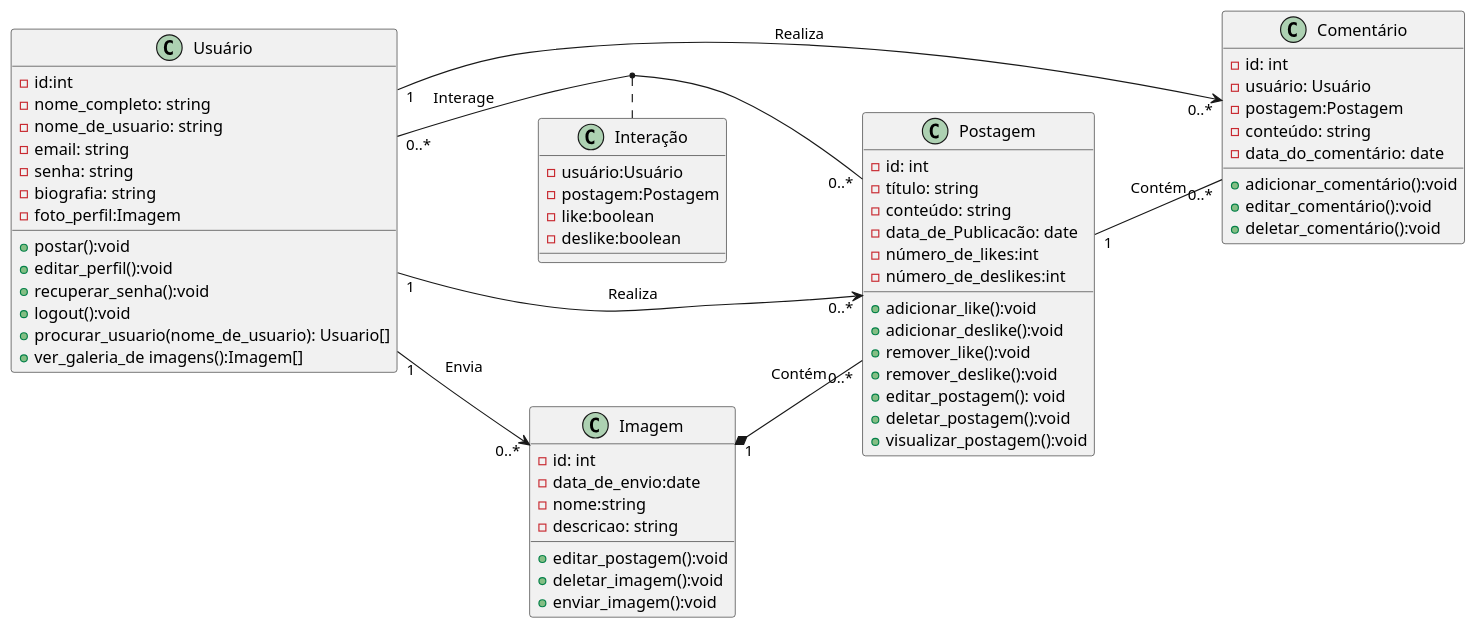
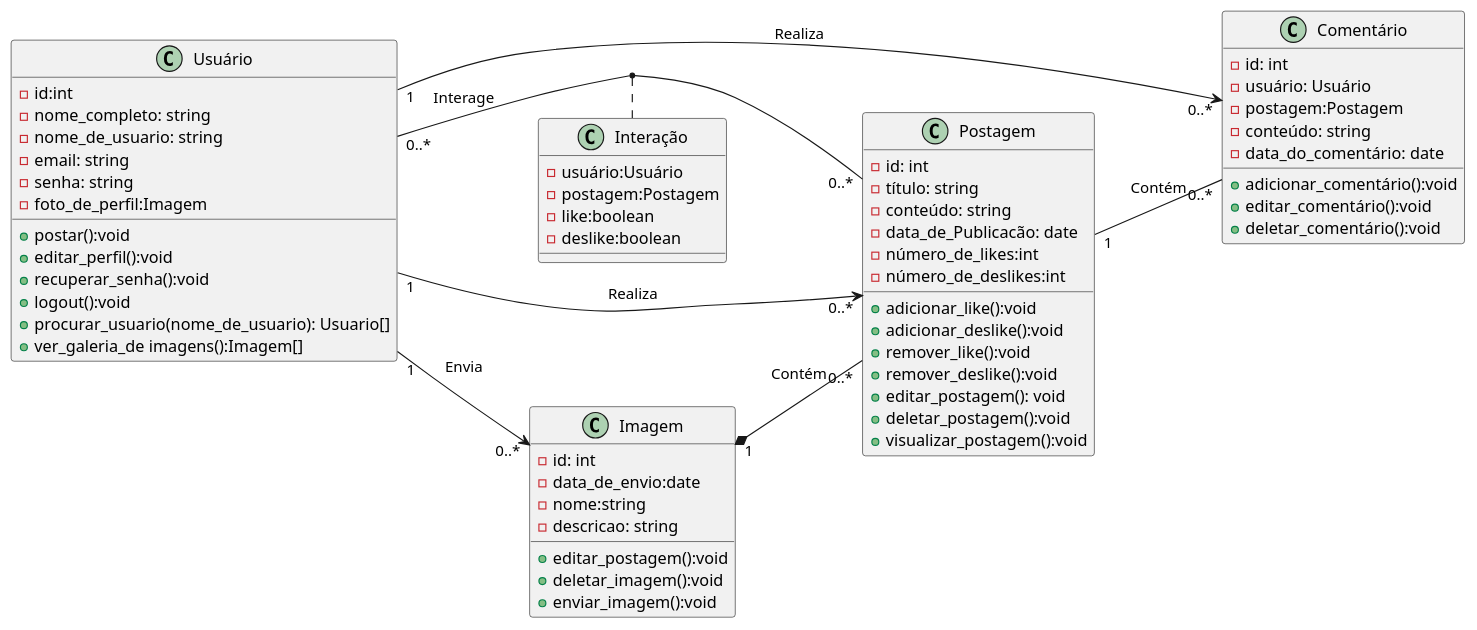
The diagram in docs/diagramClass/classes.puml (es20232/eqp1), drawn with PlantUML before and after one commit. The commit also changed 3 other files, not shown here.

```diff
--- a/docs/diagramClass/classes.puml
+++ b/docs/diagramClass/classes.puml
@@ -1,69 +1,68 @@
 @startuml Class_diagram
 left to right direction
 class Usuário{
   -id:int
   - nome_completo: string
   - nome_de_usuario: string
   - email: string
   - senha: string
-  - biografia: string
-  - foto_perfil:Imagem
+  - foto_de_perfil:Imagem
   + postar():void
   + editar_perfil():void
   + recuperar_senha():void
   + logout():void 
   + procurar_usuario(nome_de_usuario): Usuario[]
   + ver_galeria_de imagens():Imagem[]
 
 }
 class Imagem {
   - id: int
   - data_de_envio:date
   - nome:string
   - descricao: string
   +editar_postagem():void
   +deletar_imagem():void
   +enviar_imagem():void
 }
 
 class Postagem {
   - id: int
   - título: string
   - conteúdo: string
   - data_de_Publicacão: date
   -número_de_likes:int
   -número_de_deslikes:int
   + adicionar_like():void
   + adicionar_deslike():void
   + remover_like():void
   + remover_deslike():void
   +editar_postagem(): void
   +deletar_postagem():void
   +visualizar_postagem():void
 }
 
 class Comentário {
   - id: int
   - usuário: Usuário
   - postagem:Postagem
   - conteúdo: string
   - data_do_comentário: date
   +adicionar_comentário():void
   +editar_comentário():void
   +deletar_comentário():void
 }
 
 class Interação {
   - usuário:Usuário
   - postagem:Postagem
   -like:boolean
   -deslike:boolean
 }
 Usuário "0..*" --  "0..*" Postagem:Interage 
 (Usuário,Postagem) . Interação
 Usuário "1" -->  "0..*" Postagem:Realiza
 Usuário "1" --> "0..*" Imagem:Envia
 Imagem "1" *--"0..*" Postagem:Contém
 Postagem "1" -- "0..*" Comentário:Contém
 Usuário "1" -right-> "0..*" Comentário:Realiza
 @enduml
```
